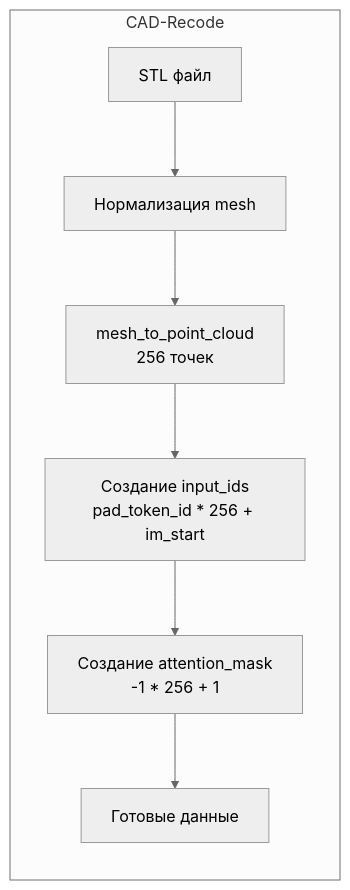
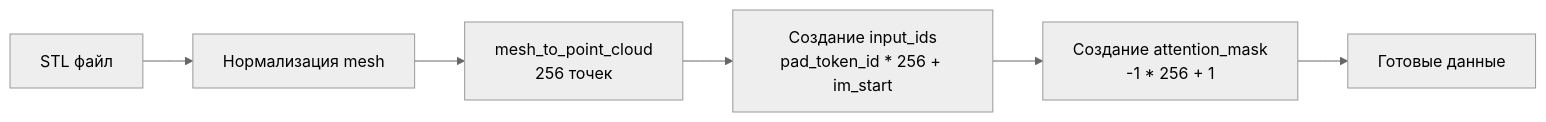
Before and after one commit to VitalyGladyshev/CAD-Recode_Cadrille_comparison: the fifth of 8 diagrams in code_comparison/SEQUENCE_DIAGRAMS.md, drawn with Mermaid (neutral theme). The commit also changed other lines of this file, not shown here.

````diff
--- a/code_comparison/SEQUENCE_DIAGRAMS.md
+++ b/code_comparison/SEQUENCE_DIAGRAMS.md
@@ -288,10 +289,8 @@
 ```mermaid
 flowchart LR
-    subgraph CADRecode[CAD-Recode]
-        A1[STL файл] --> A2[Нормализация mesh]
-        A2 --> A3[mesh_to_point_cloud<br/>256 точек]
-        A3 --> A4[Создание input_ids<br/>pad_token_id * 256 + im_start]
-        A4 --> A5[Создание attention_mask<br/>-1 * 256 + 1]
-        A5 --> A6[Готовые данные]
-    end
+    A1[STL файл] --> A2[Нормализация mesh]
+    A2 --> A3[mesh_to_point_cloud<br/>256 точек]
+    A3 --> A4[Создание input_ids<br/>pad_token_id * 256 + im_start]
+    A4 --> A5[Создание attention_mask<br/>-1 * 256 + 1]
+    A5 --> A6[Готовые данные]
 ```
````
